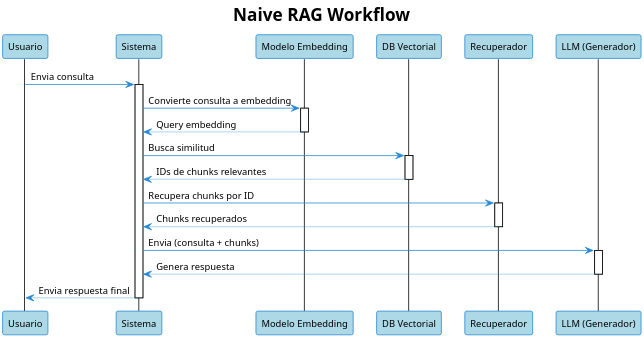
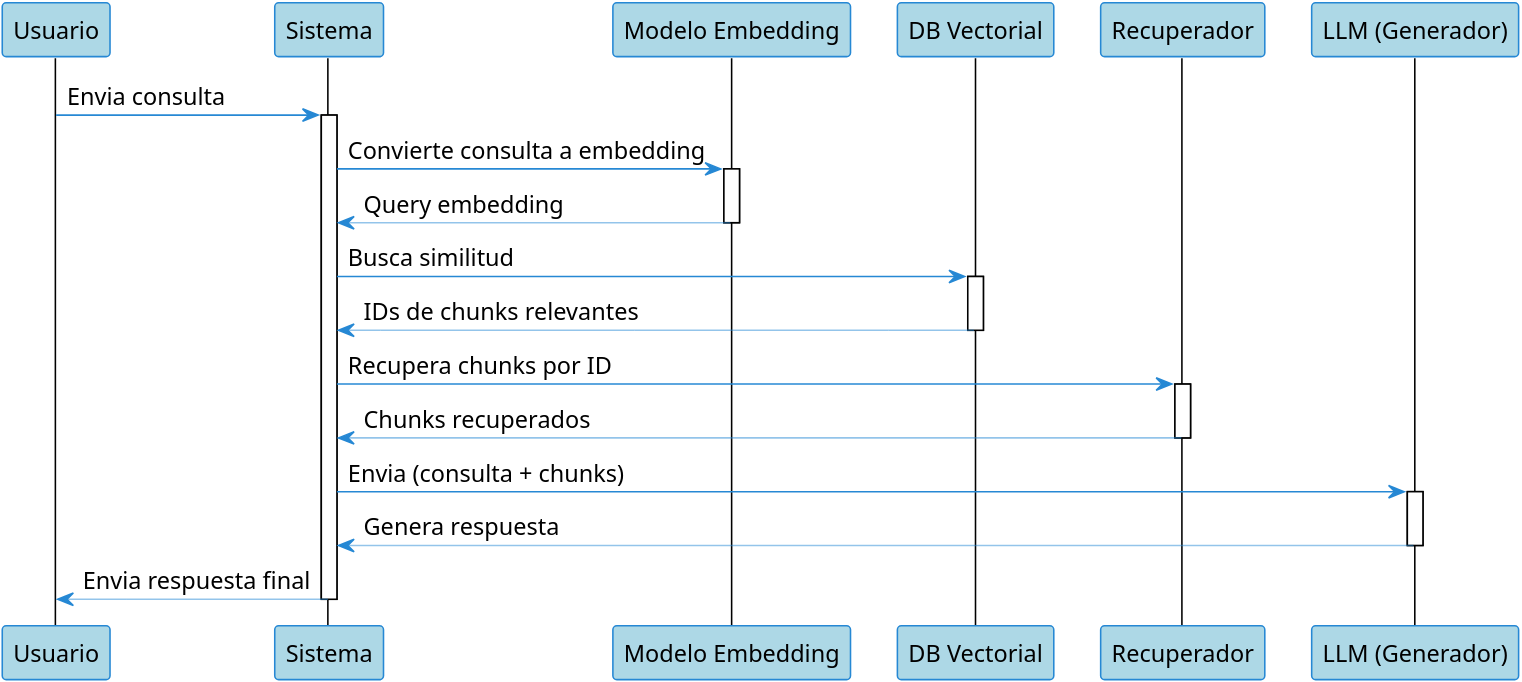
One commit to carloss4dv/langagent changed the diagram in diagrams/naive_rag.puml. Above: the diagram before and after it, drawn with PlantUML. The commit also changed 68 other files, not shown here.

```diff
--- a/diagrams/naive_rag.puml
+++ b/diagrams/naive_rag.puml
@@ -1,58 +1,57 @@
-@startuml "Workflow de Naive RAG"
+@startuml 
 ' Mejora la legibilidad y la calidad de la imagen para documentos.
 !theme plain
 skinparam {
-    dpi 300
+    dpi 600
     shadowing false
     backgroundColor transparent
     defaultFontName "Arial"
-    defaultFontSize 12
+    defaultFontSize 15
 
     sequence {
         participantBorderColor #2688d4
         participantBackgroundColor #add8e6
         actorBorderColor #2688d4
         actorBackgroundColor #ffdead
     }
 
     arrow {
         color #2688d4
     }
 }
 
-title Naive RAG Workflow
 
 participant "Usuario" as User
 participant "Sistema" as System
 participant "Modelo Embedding" as EmbeddingModel
 participant "DB Vectorial" as VectorDB
 participant "Recuperador" as Retriever
 participant "LLM (Generador)" as LLM
 
 User -> System: Envia consulta
 activate System
 
 System -> EmbeddingModel: Convierte consulta a embedding
 activate EmbeddingModel
 EmbeddingModel --> System: Query embedding
 deactivate EmbeddingModel
 
 System -> VectorDB: Busca similitud
 activate VectorDB
 VectorDB --> System: IDs de chunks relevantes
 deactivate VectorDB
 
 System -> Retriever: Recupera chunks por ID
 activate Retriever
 Retriever --> System: Chunks recuperados
 deactivate Retriever
 
 System -> LLM: Envia (consulta + chunks)
 activate LLM
 LLM --> System: Genera respuesta
 deactivate LLM
 
 System --> User: Envia respuesta final
 deactivate System
 
 @enduml
```
